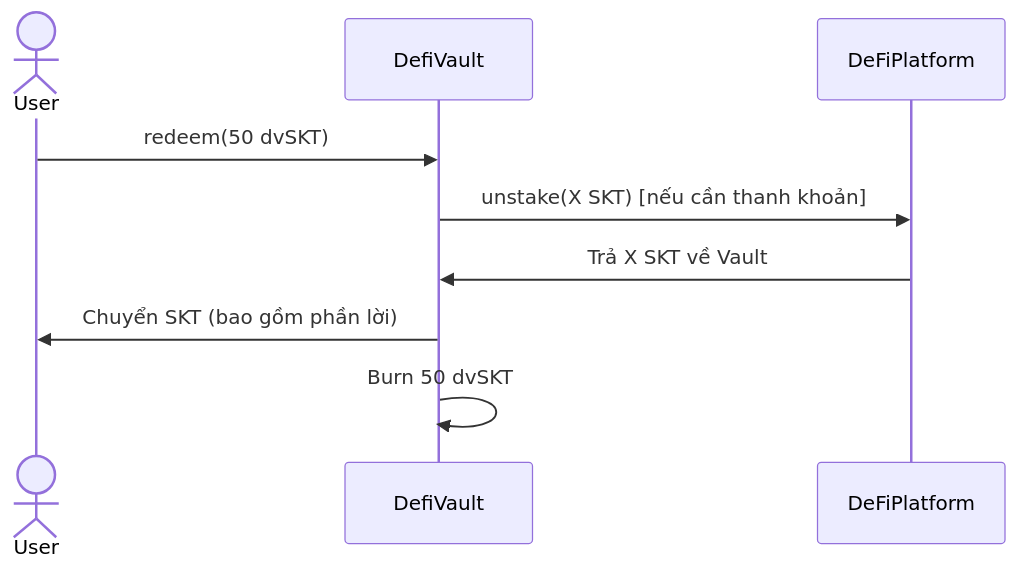
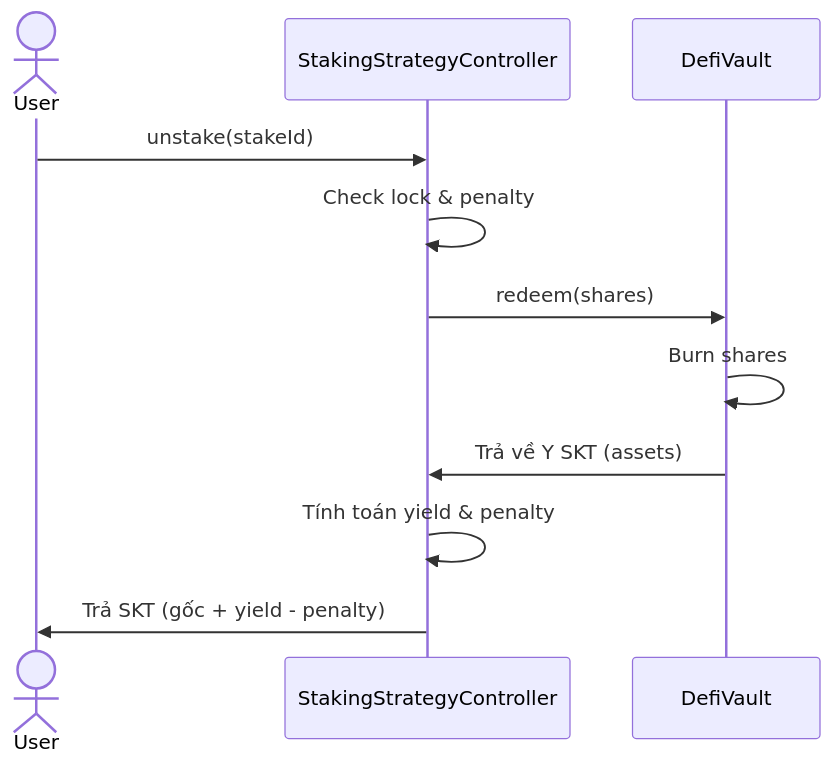
The third of 3 diagrams in docs/defi-vault-yield-integration-plan.md (DuongDaiPhat/com.Defi.DefiWebApp), drawn with Mermaid before and after one commit. The commit also changed other lines of this file and 6 other files, not shown here.

Commit message:
docs: add strategy vault implementation plan and gas static report

````diff
--- a/docs/defi-vault-yield-integration-plan.md
+++ b/docs/defi-vault-yield-integration-plan.md
@@ -121,12 +84,14 @@
 ```mermaid
 sequenceDiagram
     actor User
+    participant Strategy as StakingStrategyController
     participant Vault as DefiVault
-    participant Strategy as DeFiPlatform
 
-    User->>Vault: redeem(50 dvSKT)
-    Vault->>Strategy: unstake(X SKT) [nếu cần thanh khoản]
-    Strategy->>Vault: Trả X SKT về Vault
-    Vault->>User: Chuyển SKT (bao gồm phần lời)
-    Vault->>Vault: Burn 50 dvSKT
+    User->>Strategy: unstake(stakeId)
+    Strategy->>Strategy: Check lock & penalty
+    Strategy->>Vault: redeem(shares)
+    Vault->>Vault: Burn shares
+    Vault->>Strategy: Trả về Y SKT (assets)
+    Strategy->>Strategy: Tính toán yield & penalty
+    Strategy->>User: Trả SKT (gốc + yield - penalty)
 ```
````
